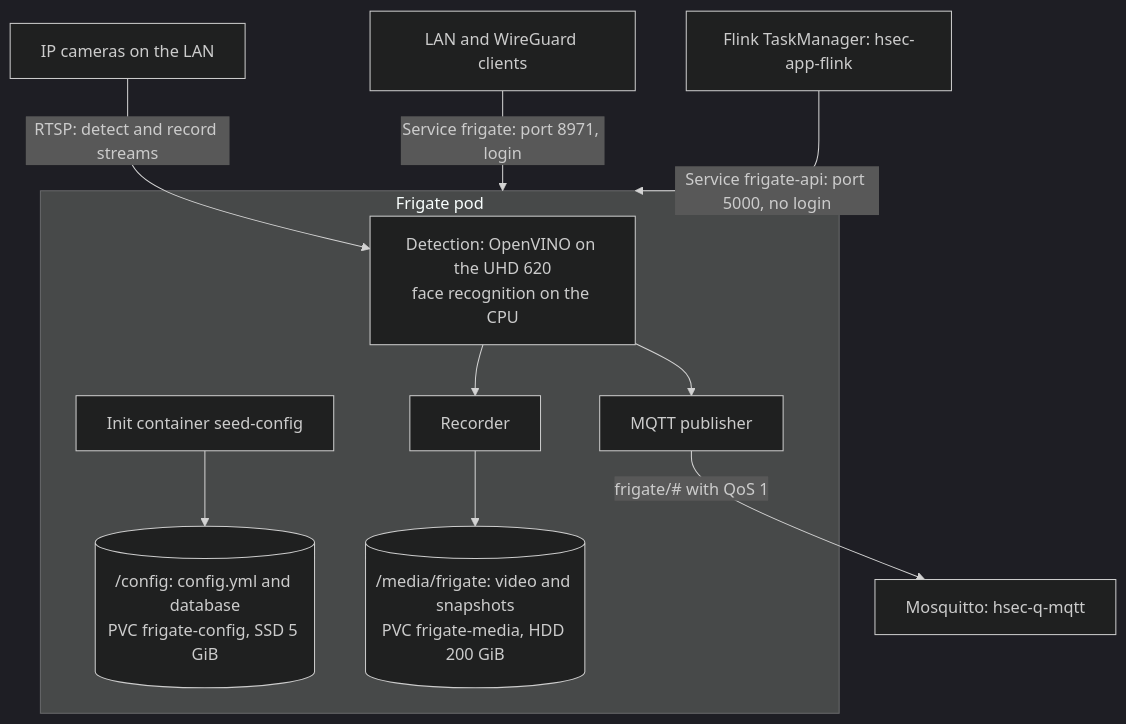
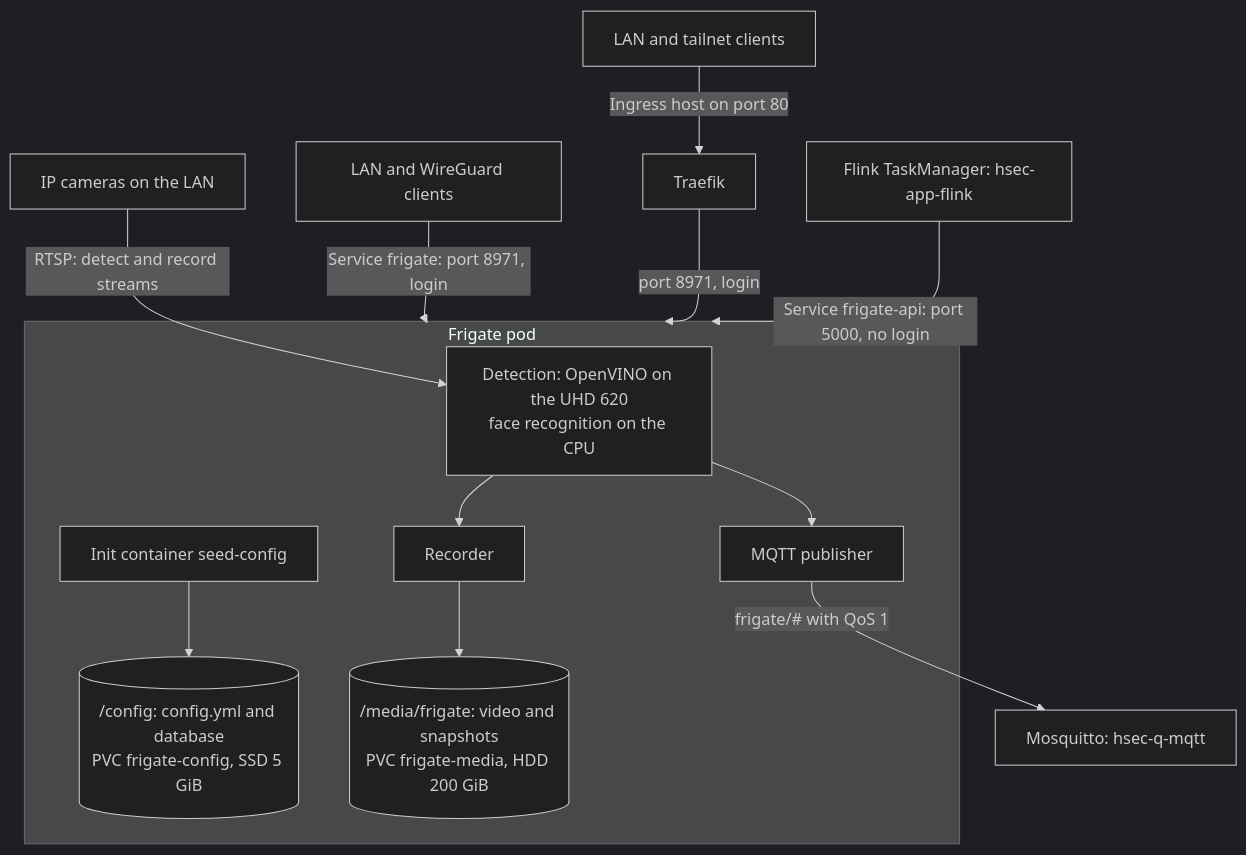
The diagram in hsec-app-frigate/README.md (nglehuy/home-security), drawn with Mermaid (dark theme) before and after one commit. The commit also changed other lines of this file and 31 other files, not shown here.

````diff
--- a/hsec-app-frigate/README.md
+++ b/hsec-app-frigate/README.md
@@ -7,13 +7,14 @@
 ```mermaid
 flowchart TB
   CAM[IP cameras on the LAN] -- "RTSP: detect and record streams" --> DET
   subgraph POD["Frigate pod"]
     SEED[Init container seed-config] --> CONF[("/config: config.yml and database<br/>PVC frigate-config, SSD 5 GiB")]
     DET["Detection: OpenVINO on the UHD 620<br/>face recognition on the CPU"] --> REC[Recorder]
     REC --> MEDIA[("/media/frigate: video and snapshots<br/>PVC frigate-media, HDD 200 GiB")]
     DET --> PUB[MQTT publisher]
   end
   PUB -- "frigate/# with QoS 1" --> MQ[Mosquitto: hsec-q-mqtt]
   LAN[LAN and WireGuard clients] -- "Service frigate: port 8971, login" --> POD
+  TS[LAN and tailnet clients] -- "Ingress host on port 80" --> TR[Traefik] -- "port 8971, login" --> POD
   FL[Flink TaskManager: hsec-app-flink] -- "Service frigate-api: port 5000, no login" --> POD
 ```
````
